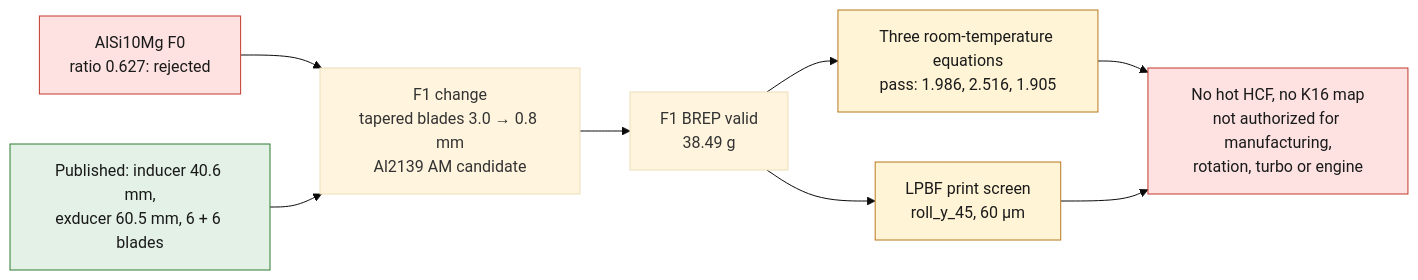
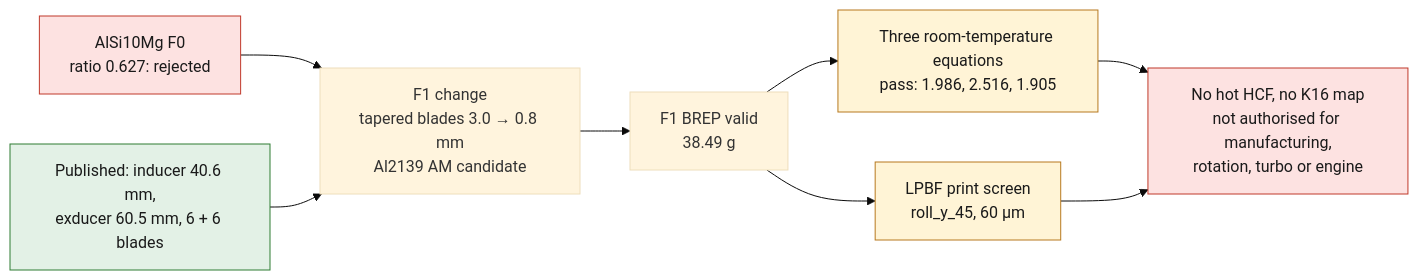
Before and after one commit to cluster2600/porscheparts: the diagram in docs/993/993_K16_COMPRESSOR_WHEEL_AL2139_F1.md, drawn with Mermaid (base theme). The commit also changed other lines of this file and 480 other files, not shown here.

````diff
--- a/docs/993/993_K16_COMPRESSOR_WHEEL_AL2139_F1.md
+++ b/docs/993/993_K16_COMPRESSOR_WHEEL_AL2139_F1.md
@@ -12,16 +12,16 @@
 ```mermaid
 flowchart LR
   F0["AlSi10Mg F0<br/>ratio 0.627: rejected"] --> C["F1 change<br/>tapered blades 3.0 → 0.8 mm<br/>Al2139 AM candidate"]
   S["Published: inducer 40.6 mm,<br/>exducer 60.5 mm, 6 + 6 blades"] --> C
   C --> G["F1 BREP valid<br/>38.49 g"]
   G --> M["Three room-temperature equations<br/>pass: 1.986, 2.516, 1.905"]
   G --> P["LPBF print screen<br/>roll_y_45, 60 µm"]
-  M --> V["No hot HCF, no K16 map<br/>not authorized for manufacturing,<br/>rotation, turbo or engine"]
+  M --> V["No hot HCF, no K16 map<br/>not authorised for manufacturing,<br/>rotation, turbo or engine"]
   P --> V
   class F0,V stop
   class S ok
   class M,P open
   classDef stop fill:#fde2e1,stroke:#c0392b,color:#1a1a1a;
   classDef ok fill:#e3f1e6,stroke:#2e7d32,color:#1a1a1a;
   classDef open fill:#fff4d6,stroke:#b7791f,color:#1a1a1a;
 ```
````
